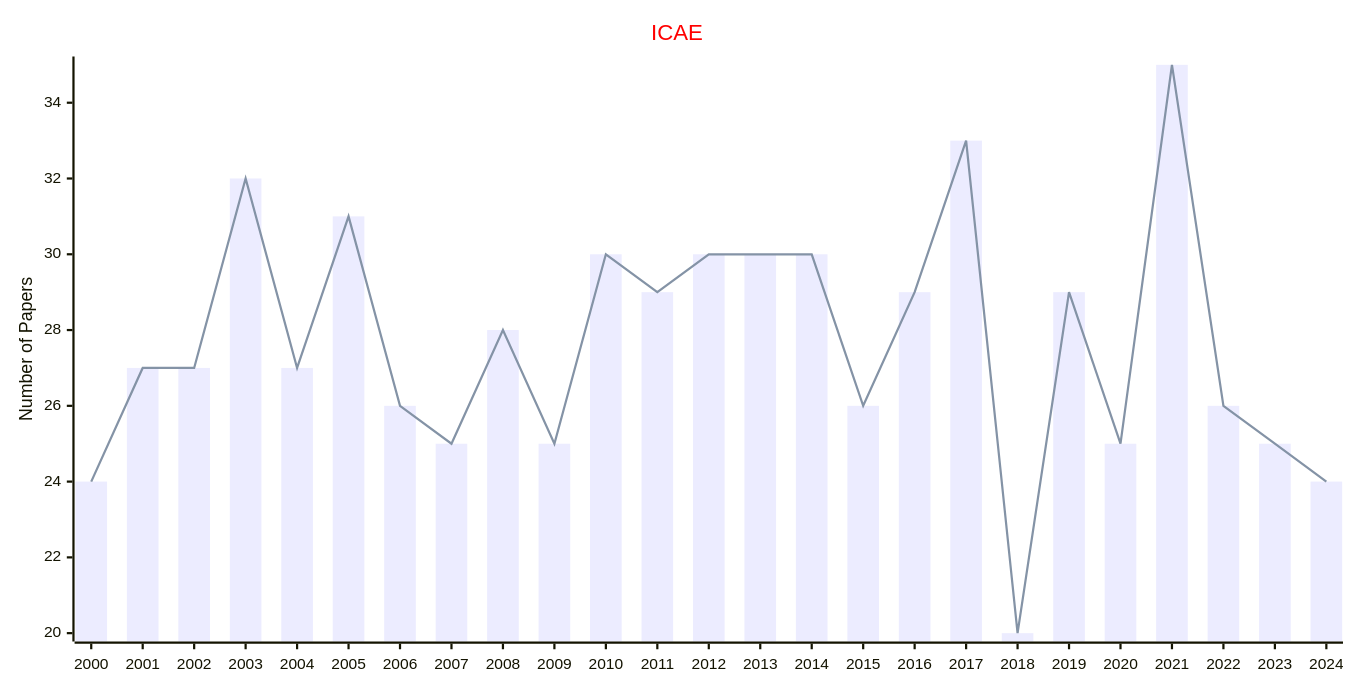
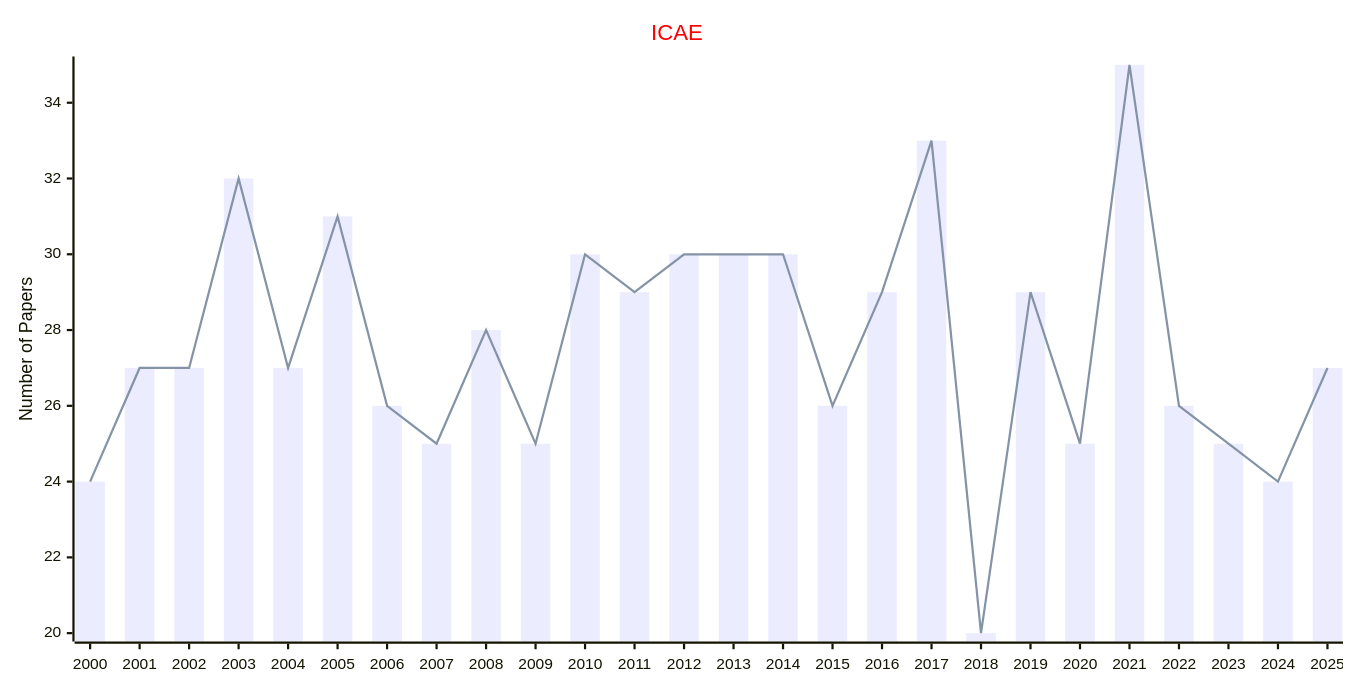
The seventh of 15 diagrams in docs/data/Journals/Statistics_Journals/Evolutionary_Computation.md (Easy-PhD/AILinks), drawn with Mermaid before and after one commit. The commit also changed other lines of this file and 93 other files, not shown here.

````diff
--- a/docs/data/Journals/Statistics_Journals/Evolutionary_Computation.md
+++ b/docs/data/Journals/Statistics_Journals/Evolutionary_Computation.md
@@ -153,17 +153,17 @@
 ```mermaid
 ---
 config:
     xyChart:
         width: 1200
         height: 600
     themeVariables:
         xyChart:
             titleColor: "#ff0000"
 ---
 xychart-beta
     title "ICAE"
-    x-axis [2000, 2001, 2002, 2003, 2004, 2005, 2006, 2007, 2008, 2009, 2010, 2011, 2012, 2013, 2014, 2015, 2016, 2017, 2018, 2019, 2020, 2021, 2022, 2023, 2024]
+    x-axis [2000, 2001, 2002, 2003, 2004, 2005, 2006, 2007, 2008, 2009, 2010, 2011, 2012, 2013, 2014, 2015, 2016, 2017, 2018, 2019, 2020, 2021, 2022, 2023, 2024, 2025]
     y-axis "Number of Papers"
-    bar [24, 27, 27, 32, 27, 31, 26, 25, 28, 25, 30, 29, 30, 30, 30, 26, 29, 33, 20, 29, 25, 35, 26, 25, 24]
-    line [24, 27, 27, 32, 27, 31, 26, 25, 28, 25, 30, 29, 30, 30, 30, 26, 29, 33, 20, 29, 25, 35, 26, 25, 24]
+    bar [24, 27, 27, 32, 27, 31, 26, 25, 28, 25, 30, 29, 30, 30, 30, 26, 29, 33, 20, 29, 25, 35, 26, 25, 24, 27]
+    line [24, 27, 27, 32, 27, 31, 26, 25, 28, 25, 30, 29, 30, 30, 30, 26, 29, 33, 20, 29, 25, 35, 26, 25, 24, 27]
 ```
````
